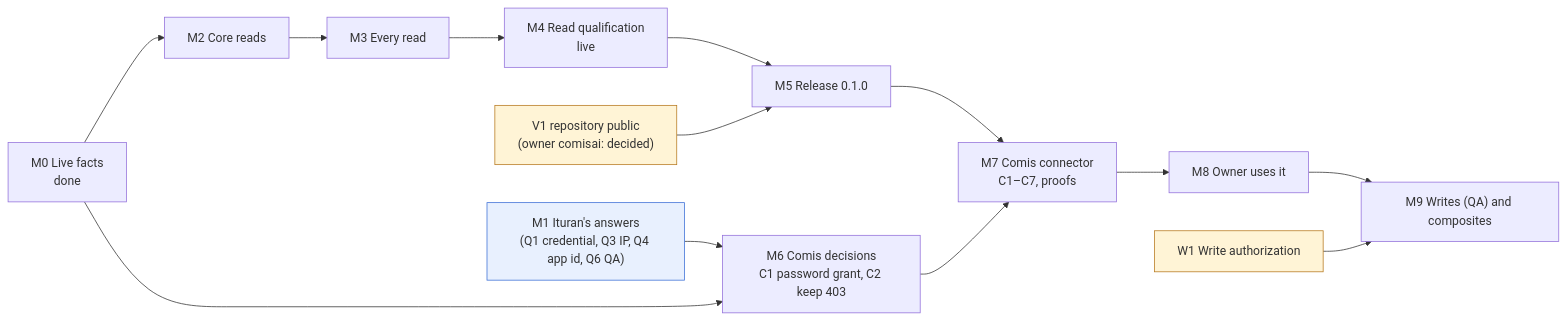
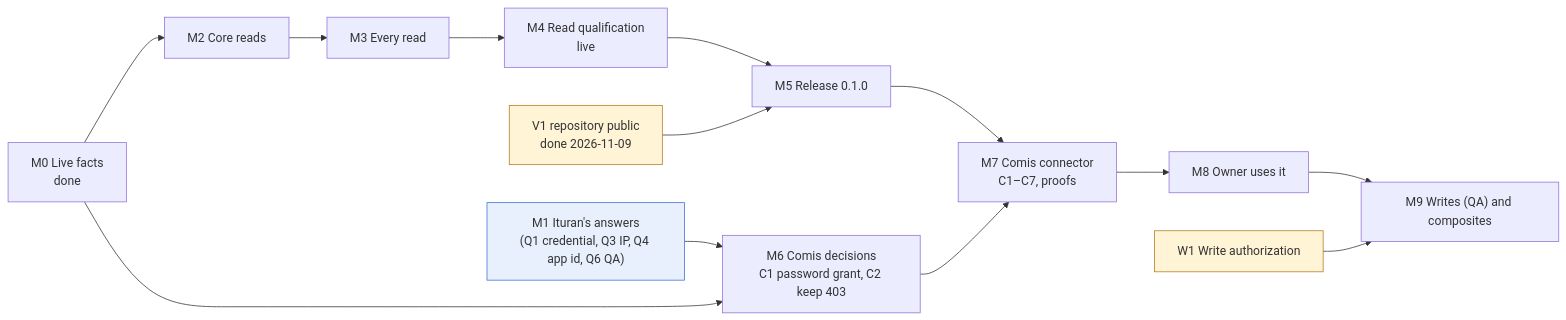
The first of 2 diagrams in docs/ituran-axi-master-plan.md (comisai/ituran-axi), drawn with Mermaid before and after one commit. The commit also changed other lines of this file and 13 other files, not shown here.

First line of the commit message:
docs: prepare the repository for public contributors

````diff
--- a/docs/ituran-axi-master-plan.md
+++ b/docs/ituran-axi-master-plan.md
@@ -75,17 +75,17 @@
 ```mermaid
 flowchart LR
   M0["M0 Live facts<br/>done"] --> M2["M2 Core reads"]
   M2 --> M3["M3 Every read"]
   M3 --> M4["M4 Read qualification<br/>live"]
   M4 --> M5["M5 Release 0.1.0"]
-  V1["V1 repository public<br/>(owner comisai: decided)"]:::decision --> M5
+  V1["V1 repository public<br/>done 2026-11-09"]:::decision --> M5
   M1["M1 Ituran's answers<br/>(Q1 credential, Q3 IP, Q4 app id, Q6 QA)"]:::ext --> M6
   M0 --> M6["M6 Comis decisions<br/>C1 password grant, C2 keep 403"]
   M5 --> M7["M7 Comis connector<br/>C1–C7, proofs"]
   M6 --> M7
   M7 --> M8["M8 Owner uses it"]
   M8 --> M9["M9 Writes (QA) and composites"]
   W1["W1 Write authorization"]:::decision --> M9
   classDef decision fill:#fff4d6,stroke:#b7791f;
   classDef ext fill:#e8f0fe,stroke:#3b6fd6;
 ```
````
